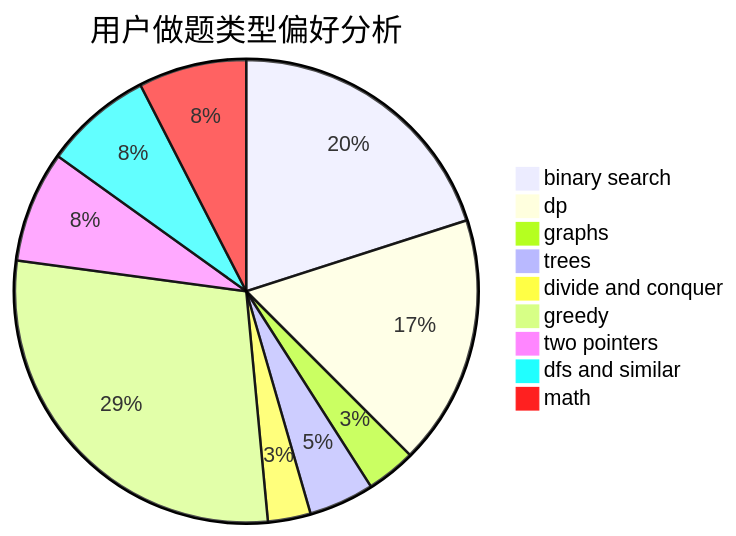
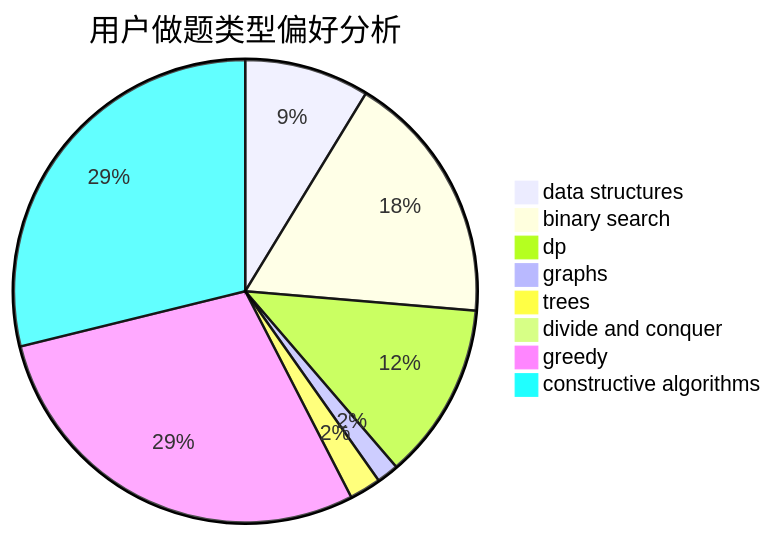
The second of 3 diagrams in docs/user/u1934.md (sherpahu/cfrs.github.io), drawn with Mermaid before and after one commit. The commit also changed other lines of this file and 2775 other files, not shown here.

````diff
--- a/docs/user/u1934.md
+++ b/docs/user/u1934.md
@@ -23,12 +23,11 @@
 ```mermaid
 pie title 用户做题类型偏好分析
-    "binary search" :  255
-    "dp" :  222
-    "graphs" :  44
-    "trees" :  58
-    "divide and conquer" :  38
-    "greedy" :  364
-    "two pointers" :  99
-    "dfs and similar" :  96
-    "math" :  96
+    "data structures" :  91
+    "binary search" :  184
+    "dp" :  129
+    "graphs" :  16
+    "trees" :  23
+    "divide and conquer" :  1
+    "greedy" :  300
+    "constructive algorithms" :  301
 ```
````
